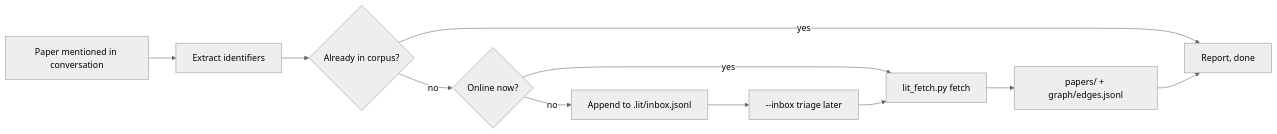
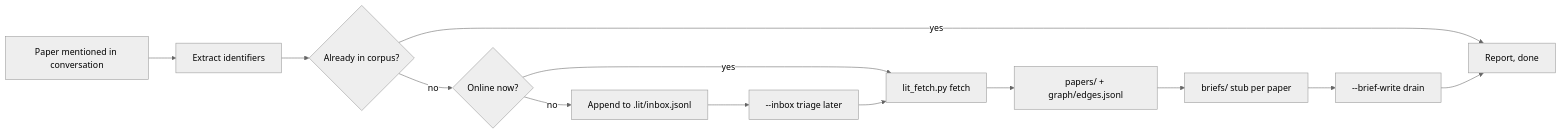
The diagram in README.md (jgsystemsconsulting/jgs-lit-memory), drawn with Mermaid (neutral theme) before and after one commit. The commit also changed 1 other file, not shown here.

Commit message:
docs: name the brief drain in the capture diagram

````diff
--- a/README.md
+++ b/README.md
@@ -109,13 +109,15 @@
 ```mermaid
 flowchart LR
   P[Paper mentioned in conversation] --> X[Extract identifiers]
   X --> D{Already in corpus?}
   D -->|yes| Q[Report, done]
   D -->|no| O{Online now?}
   O -->|no| I[Append to .lit/inbox.jsonl]
   O -->|yes| F[lit_fetch.py fetch]
   I --> T[--inbox triage later]
   T --> F
   F --> C[papers/ + graph/edges.jsonl]
-  C --> Q
+  C --> B[briefs/ stub per paper]
+  B --> W["--brief-write drain"]
+  W --> Q
 ```
````
